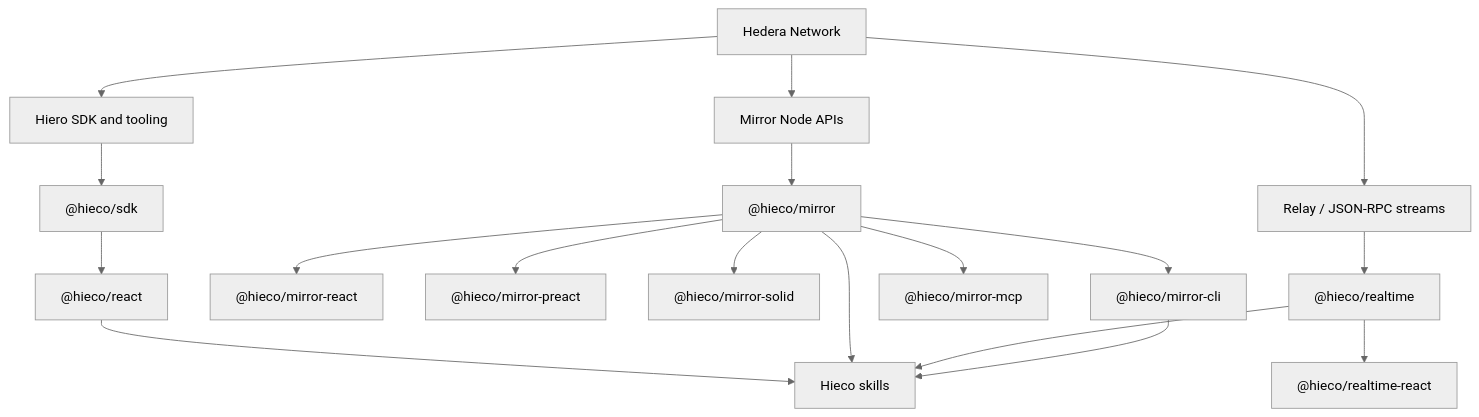
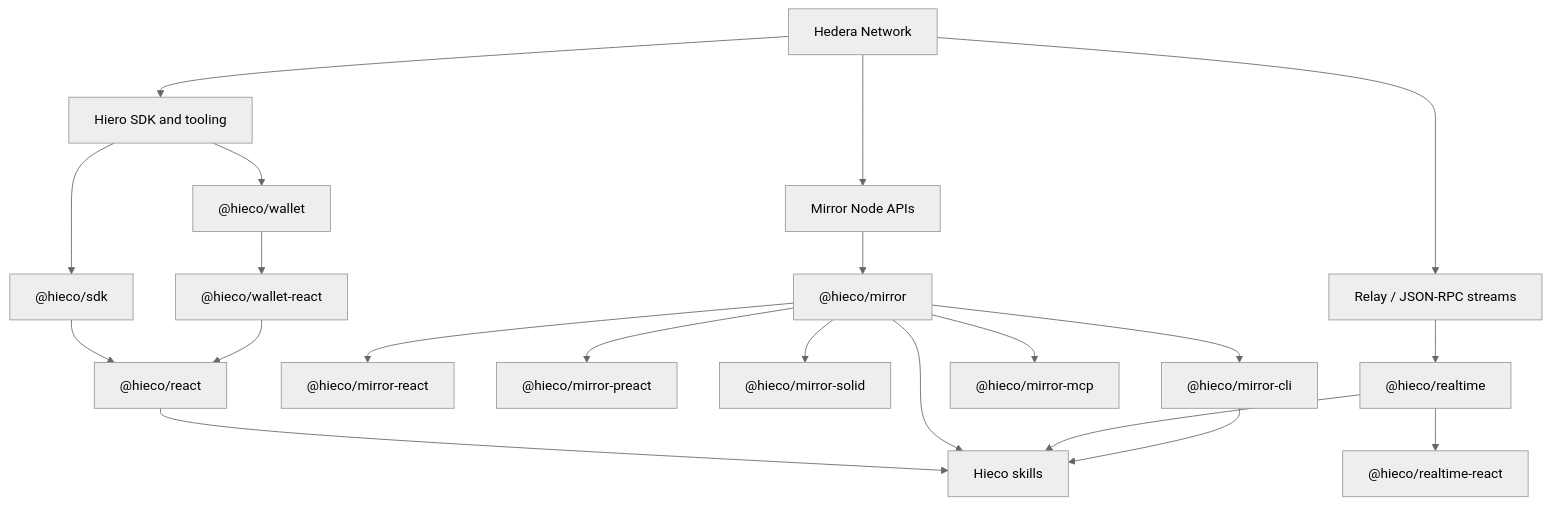
One commit to powxenv/hieco changed the diagram in README.md. Above: the diagram before and after it, drawn with Mermaid (neutral theme). The commit also changed other lines of this file and 7 other files, not shown here.

First line of the commit message:
feat(wallet): add Hieco wallet SDK family and integration docs

````diff
--- a/README.md
+++ b/README.md
@@ -62,20 +67,23 @@
 ```mermaid
 flowchart TD
   A["Hedera Network"] --> B["Hiero SDK and tooling"]
   A --> C["Mirror Node APIs"]
   A --> D["Relay / JSON-RPC streams"]
   B --> E["@hieco/sdk"]
+  B --> P["@hieco/wallet"]
+  P --> Q["@hieco/wallet-react"]
   E --> F["@hieco/react"]
+  Q --> F
   C --> G["@hieco/mirror"]
   G --> H["@hieco/mirror-react"]
   G --> I["@hieco/mirror-preact"]
   G --> J["@hieco/mirror-solid"]
   G --> K["@hieco/mirror-cli"]
   G --> L["@hieco/mirror-mcp"]
   D --> M["@hieco/realtime"]
   M --> N["@hieco/realtime-react"]
   F --> O["Hieco skills"]
   G --> O
   M --> O
   K --> O
 ```
````
